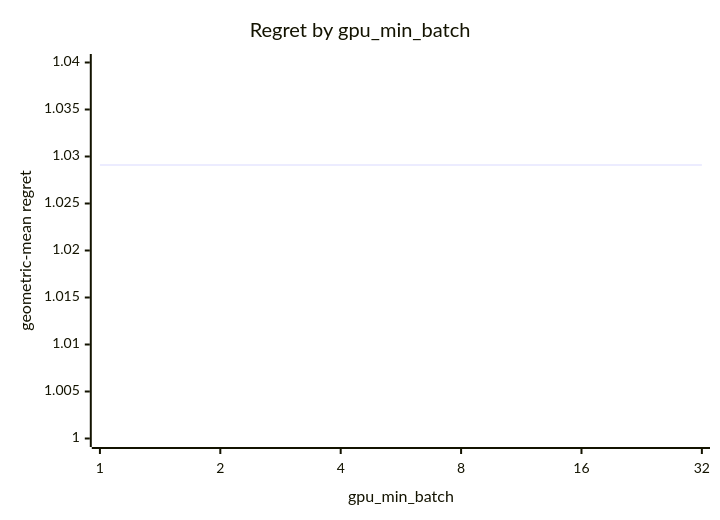
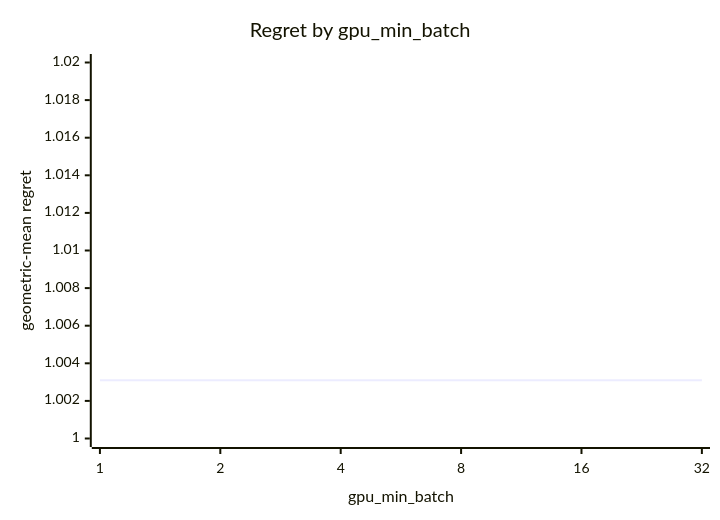
The sixth of 7 diagrams in docs/results/apple-m5-pro-20gpu/20261009-b60ec0/eigh/report.md (c0rmac/metal-linalg), drawn with Mermaid before and after one commit. The commit also changed other lines of this file and 35 other files, not shown here.

````diff
--- a/docs/results/apple-m5-pro-20gpu/20261009-b60ec0/eigh/report.md
+++ b/docs/results/apple-m5-pro-20gpu/20261009-b60ec0/eigh/report.md
@@ -196,7 +195,7 @@
 ```mermaid
 xychart-beta
     title "Regret by gpu_min_batch"
     x-axis "gpu_min_batch" [1, 2, 4, 8, 16, 32]
-    y-axis "geometric-mean regret" 1.0 --> 1.04
-    line [1.0291, 1.0291, 1.0291, 1.0291, 1.0291, 1.0291]
+    y-axis "geometric-mean regret" 1.0 --> 1.02
+    line [1.0031, 1.0031, 1.0031, 1.0031, 1.0031, 1.0031]
 ```
````
